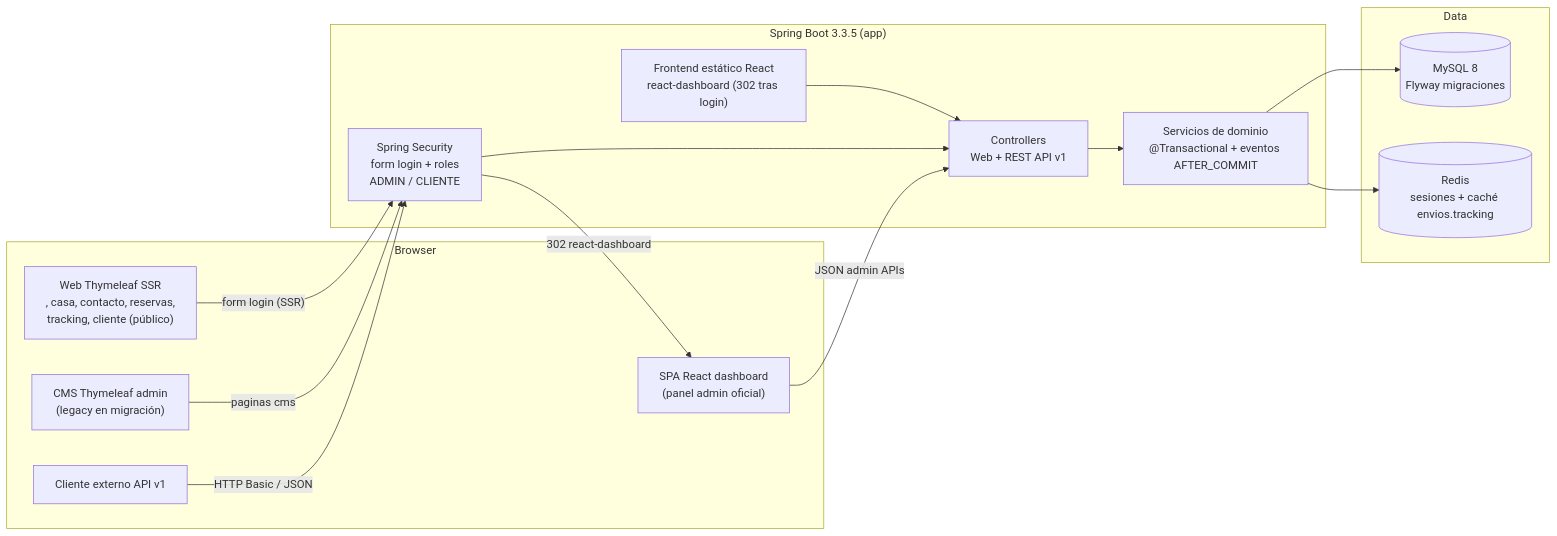
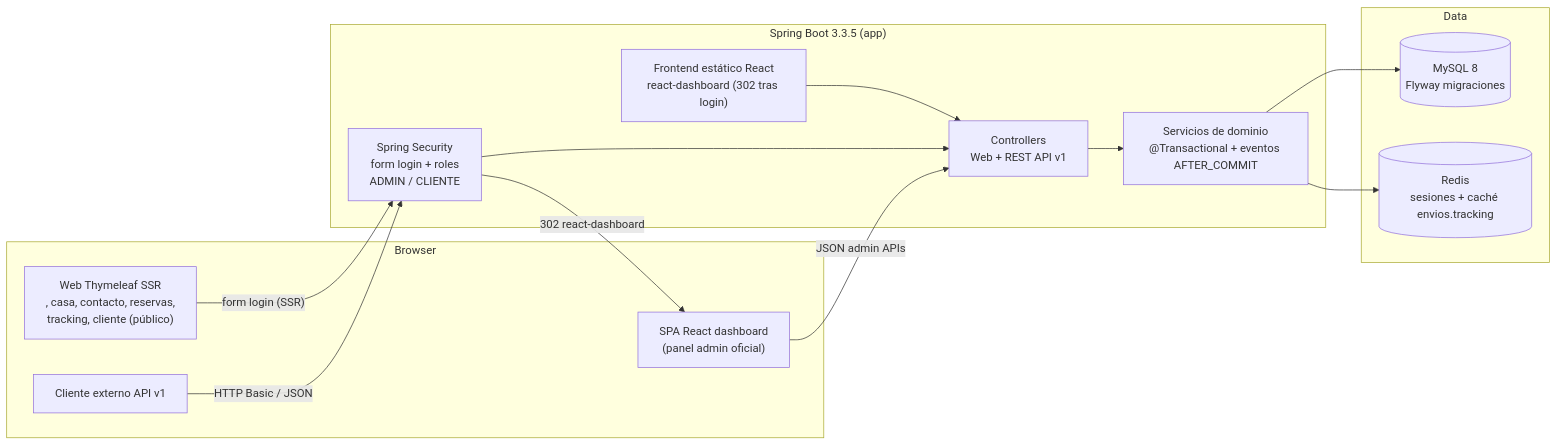
The diagram in docs/ARQUITECTURA_INTERFACES.md (DAW1BSergiomg26/Envios_Paraguay_CMS), drawn with Mermaid before and after one commit. The commit also changed other lines of this file and 3 other files, not shown here.

Commit message:
docs: rutas, estilos, roadmap F6 completa y handoff

````diff
--- a/docs/ARQUITECTURA_INTERFACES.md
+++ b/docs/ARQUITECTURA_INTERFACES.md
@@ -18,32 +18,30 @@
 ```mermaid
 flowchart LR
     subgraph Browser
         SPA["SPA React dashboard<br/>(panel admin oficial)"]
         WEB["Web Thymeleaf SSR<br/>, casa, contacto, reservas,<br/>tracking, cliente (público)"]
-        CMS["CMS Thymeleaf admin<br/>(legacy en migración)"]
         API["Cliente externo API v1"]
     end
 
     subgraph SpringBoot["Spring Boot 3.3.5 (app)"]
         SEC["Spring Security<br/>form login + roles<br/>ADMIN / CLIENTE"]
         CTRL["Controllers<br/>Web + REST API v1"]
         SVC["Servicios de dominio<br/>@Transactional + eventos AFTER_COMMIT"]
         SPAF["Frontend estático React<br/>react-dashboard (302 tras login)"]
         SPAF --> CTRL
     end
 
     subgraph Data
         MYSQL[("MySQL 8<br/>Flyway migraciones")]
         REDIS[("Redis<br/>sesiones + caché envios.tracking")]
     end
 
     SPA -- "JSON admin APIs" --> CTRL
     WEB -- "form login (SSR)" --> SEC
-    CMS -- "paginas cms" --> SEC
     API -- "HTTP Basic / JSON" --> SEC
     SEC --> CTRL
     CTRL --> SVC
     SVC --> MYSQL
     SVC --> REDIS
     SEC -- "302 react-dashboard" --> SPA
 ```
````
